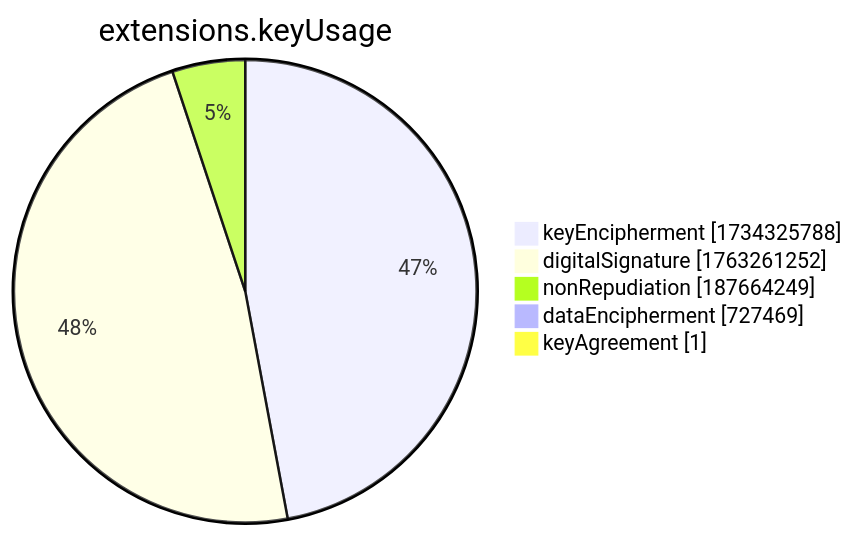
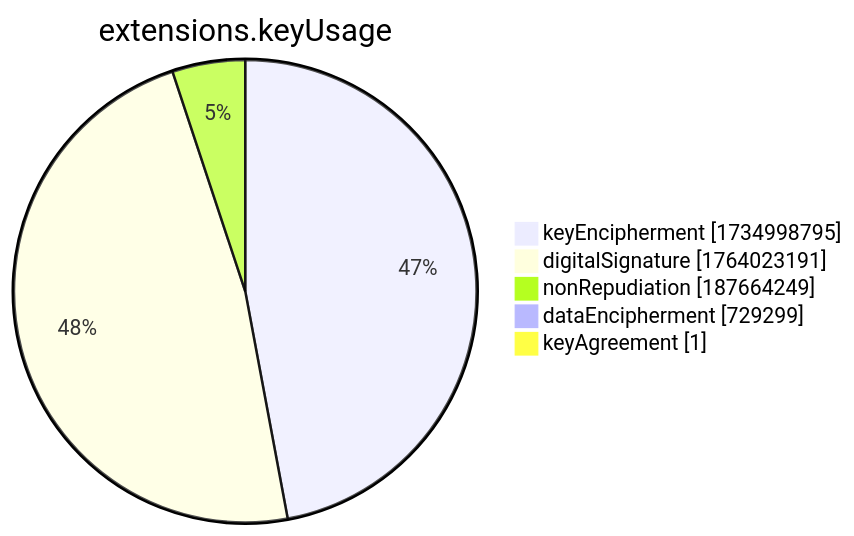
The seventh of 15 diagrams in xenon2022/README.md (christiankrug/ctmonitor_visualization), drawn with Mermaid before and after one commit. The commit also changed other lines of this file, not shown here.

````diff
--- a/xenon2022/README.md
+++ b/xenon2022/README.md
@@ -2859,9 +2859,9 @@
 ```mermaid
 pie showData
 title extensions.keyUsage
-"keyEncipherment" :1734325788
-"digitalSignature" :1763261252
+"keyEncipherment" :1734998795
+"digitalSignature" :1764023191
 "nonRepudiation" :187664249
-"dataEncipherment" :727469
+"dataEncipherment" :729299
 "keyAgreement" :1
 ```
````
